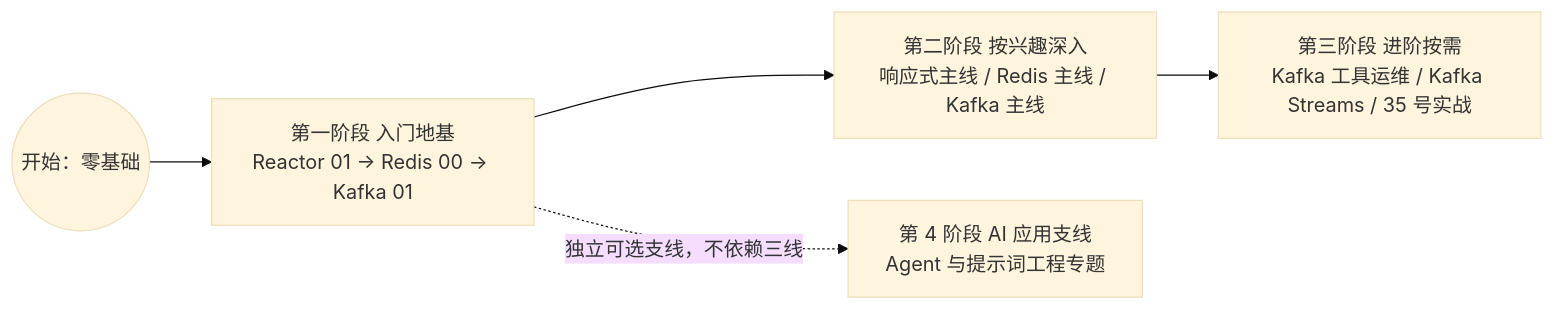
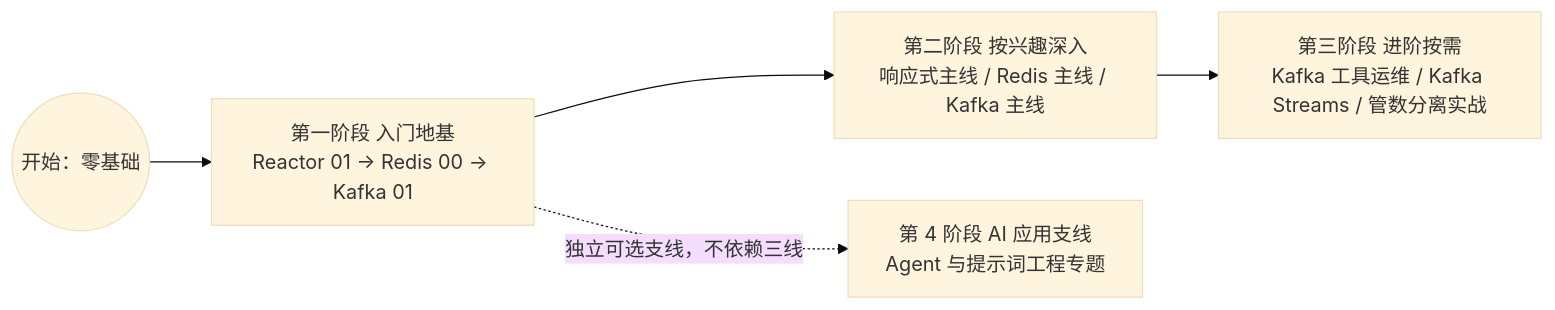
Before and after one commit to UranusGit/java-agent-learn: the second of 5 diagrams in docs/附录/00-学习路线总览.md, drawn with Mermaid (base theme). The commit also changed other lines of this file and 184 other files, not shown here.

````diff
--- a/docs/附录/00-学习路线总览.md
+++ b/docs/附录/00-学习路线总览.md
@@ -48,7 +48,7 @@
 ```mermaid
 flowchart LR
     S0(("开始：零基础")) --> S1["第一阶段 入门地基<br/>Reactor 01 → Redis 00 → Kafka 01"]
     S1 --> S2["第二阶段 按兴趣深入<br/>响应式主线 / Redis 主线 / Kafka 主线"]
-    S2 --> S3["第三阶段 进阶按需<br/>Kafka 工具运维 / Kafka Streams / 35 号实战"]
+    S2 --> S3["第三阶段 进阶按需<br/>Kafka 工具运维 / Kafka Streams / 管数分离实战"]
     S1 -.独立可选支线，不依赖三线.-> S4["第 4 阶段 AI 应用支线<br/>Agent 与提示词工程专题"]
 ```
````
